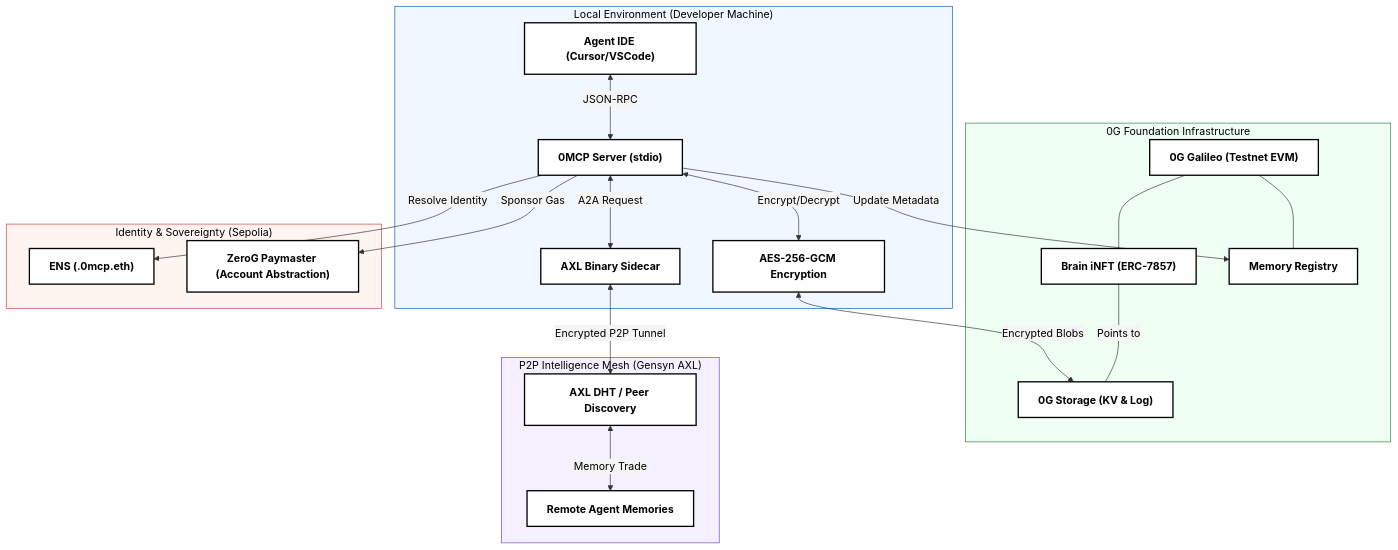
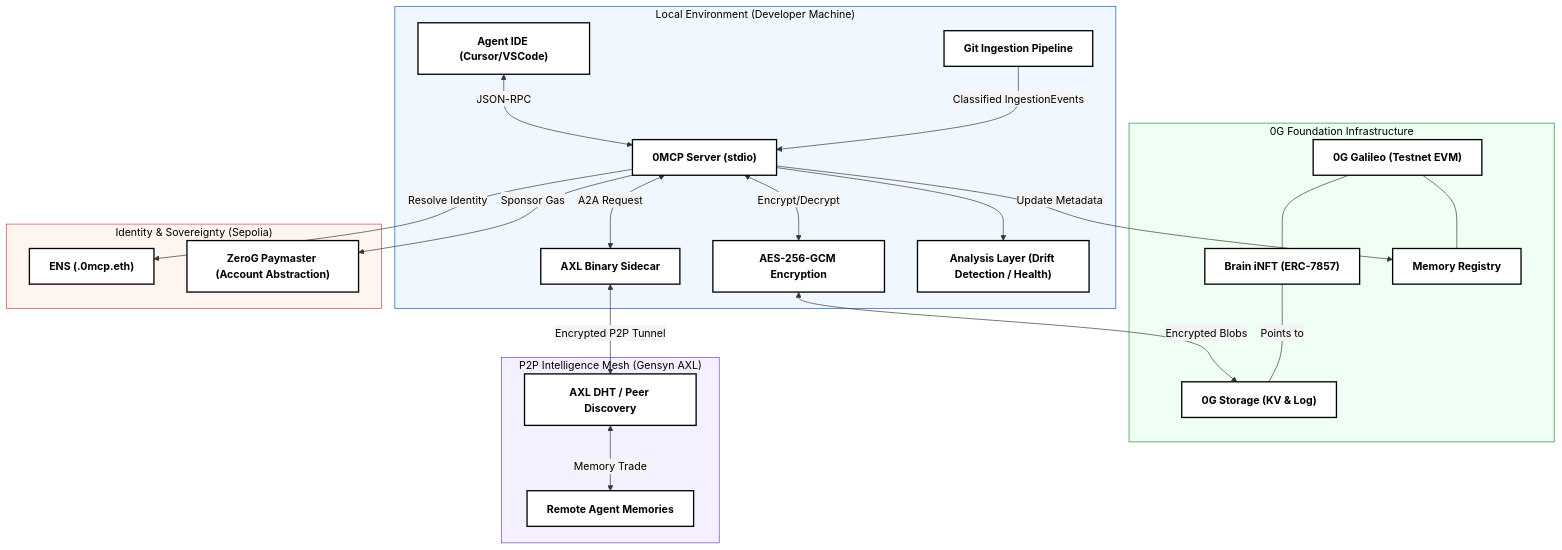
The diagram in ARCHITECTURE.md (Samarth208P/0MCP), drawn with Mermaid before and after one commit. The commit also changed other lines of this file and 13 other files, not shown here.

Commit message:
feat: drift, ingest, health v3.1

````diff
--- a/ARCHITECTURE.md
+++ b/ARCHITECTURE.md
@@ -3,52 +3,56 @@
 ```mermaid
 %%{init: {'theme': 'base', 'themeVariables': { 'primaryColor': '#ffffff', 'primaryTextColor': '#000000', 'primaryBorderColor': '#000000', 'lineColor': '#333333', 'secondaryColor': '#f4f4f4', 'tertiaryColor': '#ffffff'}}}%%
 graph TD
     classDef box fill:#ffffff,stroke:#000000,stroke-width:2px,color:#000000,font-weight:bold;
     classDef sub fill:#f9f9f9,stroke:#cccccc,stroke-dasharray: 5 5;
 
     subgraph Local ["Local Environment (Developer Machine)"]
         IDE["Agent IDE (Cursor/VSCode)"]:::box
         MCP["0MCP Server (stdio)"]:::box
         AES["AES-256-GCM Encryption"]:::box
         AXL_BIN["AXL Binary Sidecar"]:::box
+        ANALYSIS["Analysis Layer (Drift Detection / Health)"]:::box
+        INGEST["Git Ingestion Pipeline"]:::box
     end
 
     subgraph ZeroG ["0G Foundation Infrastructure"]
         ZG_STOR["0G Storage (KV & Log)"]:::box
         ZG_EVM["0G Galileo (Testnet EVM)"]:::box
         INFT["Brain iNFT (ERC-7857)"]:::box
         REG["Memory Registry"]:::box
     end
 
     subgraph Ethereum ["Identity & Sovereignty (Sepolia)"]
         ENS["ENS (.0mcp.eth)"]:::box
         PAY["ZeroG Paymaster (Account Abstraction)"]:::box
     end
 
     subgraph Mesh ["P2P Intelligence Mesh (Gensyn AXL)"]
         P2P["AXL DHT / Peer Discovery"]:::box
         REMOTE["Remote Agent Memories"]:::box
     end
 
     %% Flows
     IDE <-->|JSON-RPC| MCP
     MCP <-->|Encrypt/Decrypt| AES
     AES <-->|Encrypted Blobs| ZG_STOR
+    MCP --> ANALYSIS
+    INGEST -->|Classified IngestionEvents| MCP
     
     MCP -->|Resolve Identity| ENS
     MCP -->|Update Metadata| REG
     MCP -->|Sponsor Gas| PAY
 
     MCP <-->|A2A Request| AXL_BIN
     AXL_BIN <-->|Encrypted P2P Tunnel| P2P
     P2P <-->|Memory Trade| REMOTE
 
     ZG_EVM --- INFT
     ZG_EVM --- REG
     INFT ---|Points to| ZG_STOR
 
     style Local fill:#f0f7ff,stroke:#005cc5,stroke-width:1px
     style ZeroG fill:#f0fff4,stroke:#22863a,stroke-width:1px
     style Ethereum fill:#fff5f0,stroke:#d73a49,stroke-width:1px
     style Mesh fill:#f5f0ff,stroke:#6f42c1,stroke-width:1px
 ```
````
